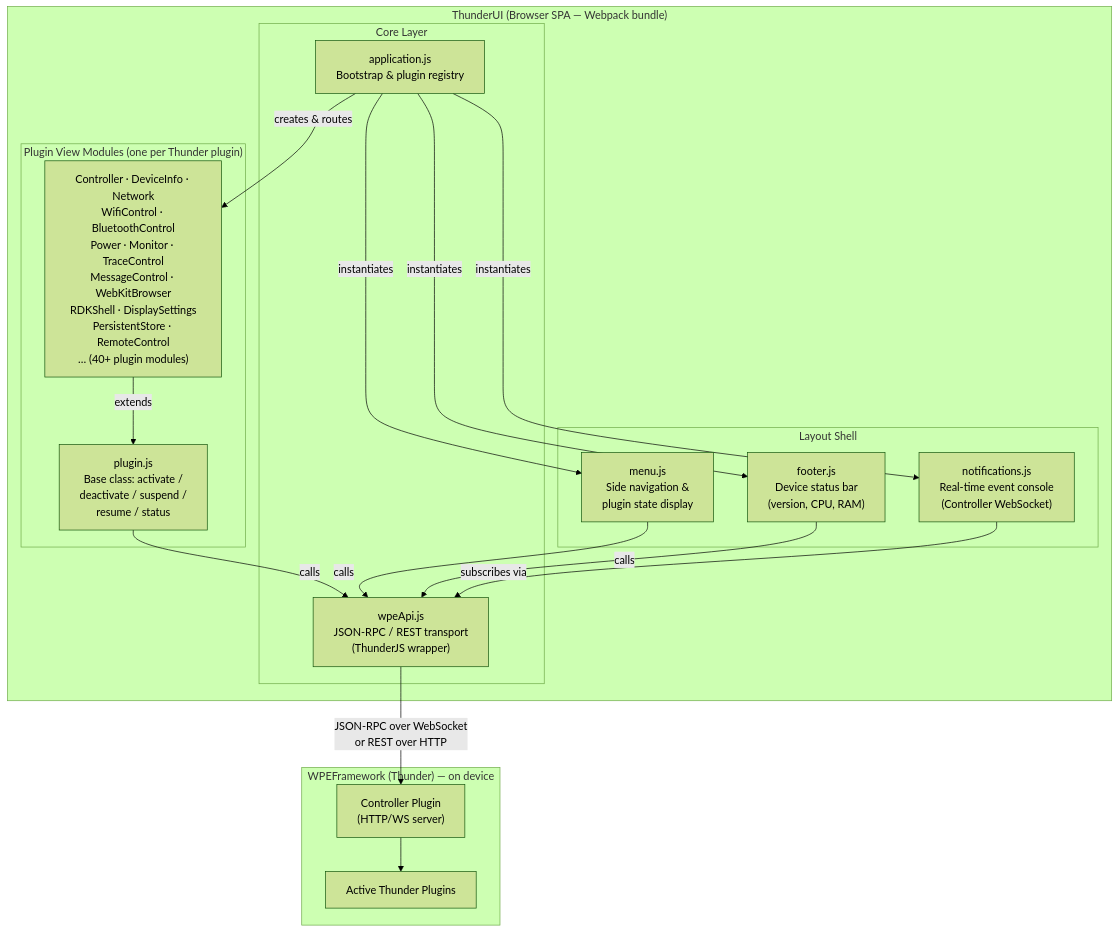
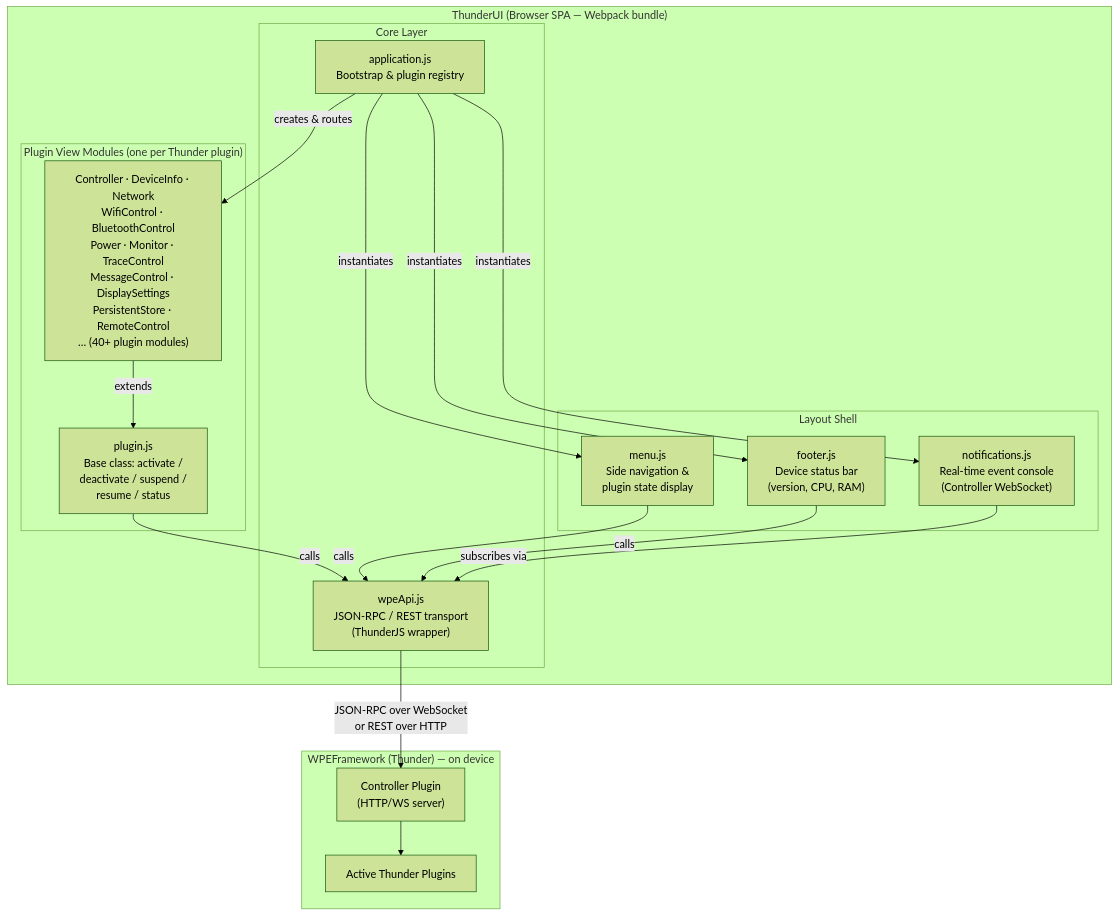
Before and after one commit to rns21/RDK_Documentation: the first of 6 diagrams in docs/docu/RDKV-Documentations/ThunderUI_Documentation.md, drawn with Mermaid (forest theme). The commit also changed other lines of this file, not shown here.

````diff
--- a/docs/docu/RDKV-Documentations/ThunderUI_Documentation.md
+++ b/docs/docu/RDKV-Documentations/ThunderUI_Documentation.md
@@ -71,37 +31,37 @@
 ```mermaid
 graph TD
     subgraph Browser["ThunderUI (Browser SPA — Webpack bundle)"]
         subgraph Core["Core Layer"]
             App["application.js\nBootstrap & plugin registry"]
             WpeApi["wpeApi.js\nJSON-RPC / REST transport\n(ThunderJS wrapper)"]
         end
 
         subgraph Layout["Layout Shell"]
             Menu["menu.js\nSide navigation &\nplugin state display"]
             Footer["footer.js\nDevice status bar\n(version, CPU, RAM)"]
             Notif["notifications.js\nReal-time event console\n(Controller WebSocket)"]
         end
 
         subgraph PluginViews["Plugin View Modules (one per Thunder plugin)"]
             PluginBase["plugin.js\nBase class: activate /\ndeactivate / suspend /\nresume / status"]
-            PluginInstances["Controller · DeviceInfo · Network\nWifiControl · BluetoothControl\nPower · Monitor · TraceControl\nMessageControl · WebKitBrowser\nRDKShell · DisplaySettings\nPersistentStore · RemoteControl\n… (40+ plugin modules)"]
+            PluginInstances["Controller · DeviceInfo · Network\nWifiControl · BluetoothControl\nPower · Monitor · TraceControl\nMessageControl · DisplaySettings\nPersistentStore · RemoteControl\n… (40+ plugin modules)"]
         end
     end
 
     subgraph Thunder["WPEFramework (Thunder) — on device"]
         CtrlPlugin["Controller Plugin\n(HTTP/WS server)"]
         OtherPlugins["Active Thunder Plugins"]
     end
 
     App -->|"instantiates"| Menu
     App -->|"instantiates"| Footer
     App -->|"instantiates"| Notif
     App -->|"creates & routes"| PluginInstances
     PluginInstances -->|"extends"| PluginBase
     PluginBase -->|"calls"| WpeApi
     Menu -->|"calls"| WpeApi
     Footer -->|"calls"| WpeApi
     Notif -->|"subscribes via"| WpeApi
     WpeApi -->|"JSON-RPC over WebSocket\nor REST over HTTP"| CtrlPlugin
     CtrlPlugin --> OtherPlugins
 ```
````
